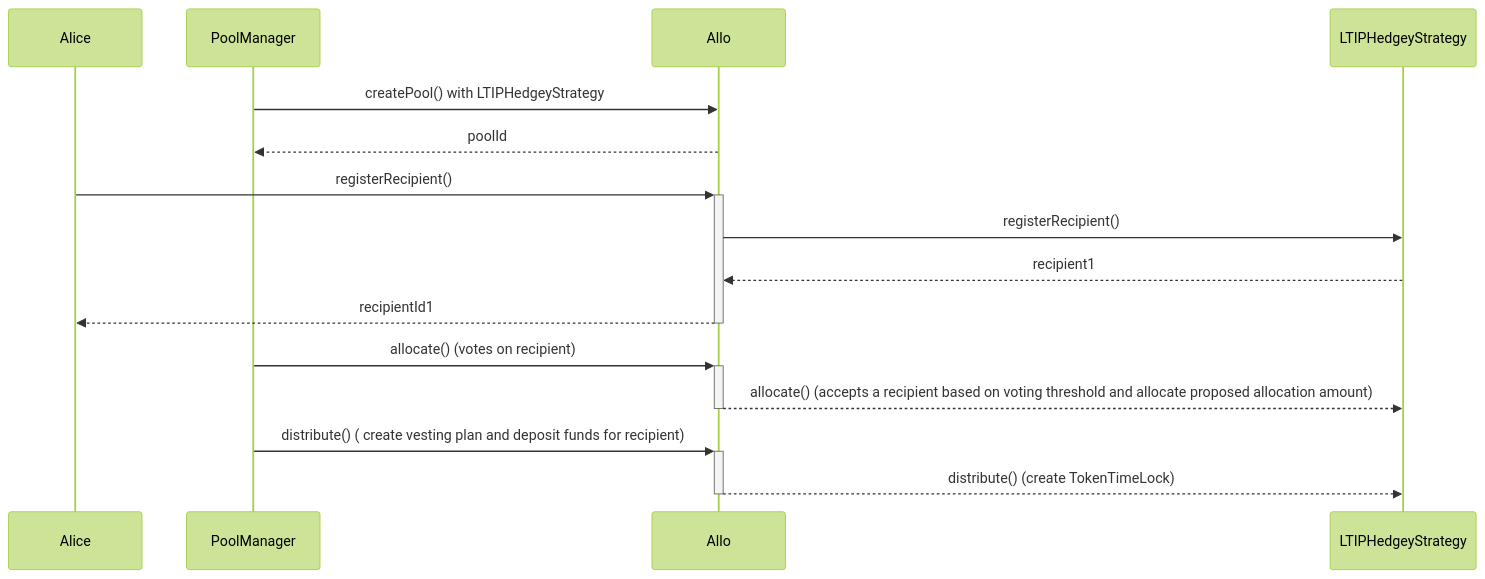
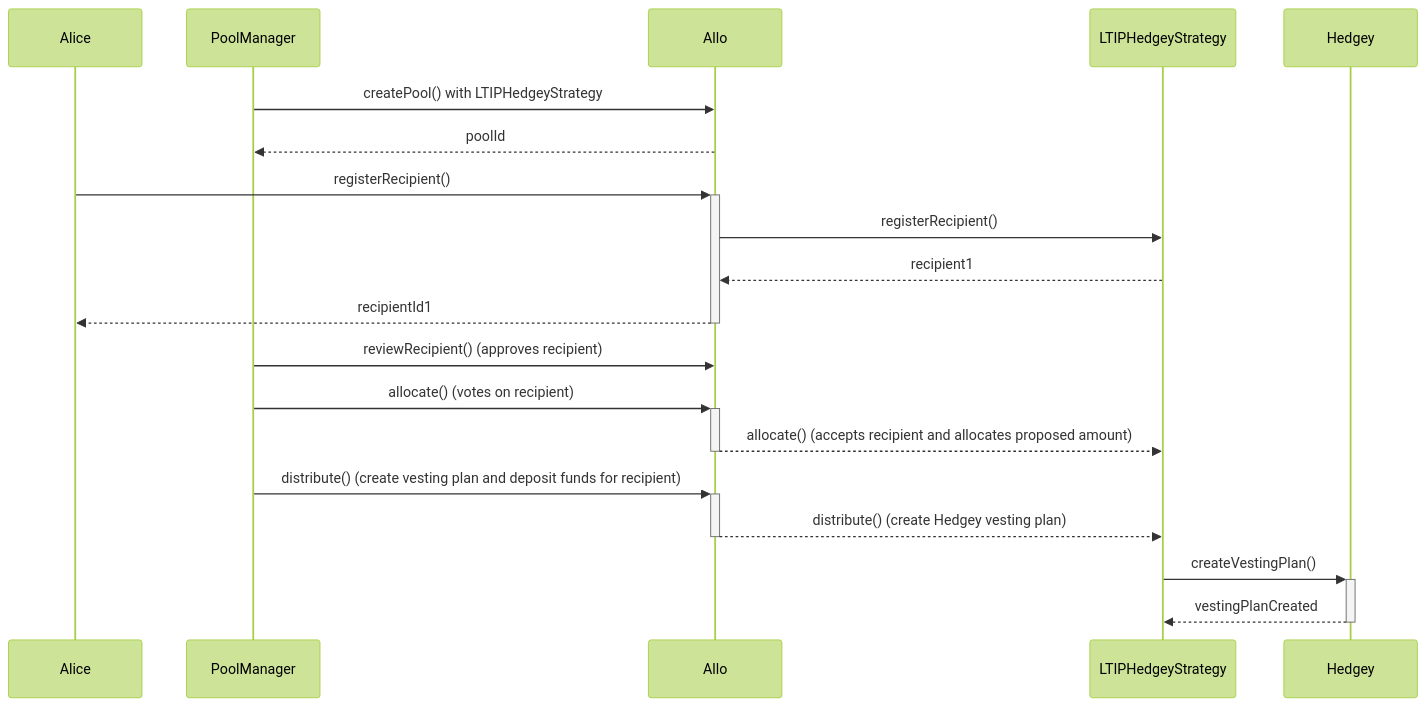
Before and after one commit to allo-protocol/allo-v2: the diagram in contracts/strategies/ltip-hedgey/README.md, drawn with Mermaid (forest theme). The commit also changed other lines of this file and 2 other files, not shown here.

Commit message:
fix(docs): update diagrams and implement comments

````diff
--- a/contracts/strategies/ltip-hedgey/README.md
+++ b/contracts/strategies/ltip-hedgey/README.md
@@ -33,18 +31,22 @@
 ```mermaid
 sequenceDiagram
     participant Alice
     participant PoolManager
     participant Allo
     participant LTIPHedgeyStrategy
+    participant Hedgey
 
     PoolManager->>Allo: createPool() with LTIPHedgeyStrategy
     Allo-->>PoolManager: poolId
     Alice->>+Allo: registerRecipient()
     Allo->>LTIPHedgeyStrategy: registerRecipient()
     LTIPHedgeyStrategy-->>Allo: recipient1
     Allo-->>-Alice: recipientId1
+    PoolManager->>Allo: reviewRecipient() (approves recipient)
     PoolManager->>+Allo: allocate() (votes on recipient)
-    Allo-->>-LTIPHedgeyStrategy: allocate() (accepts a recipient based on voting threshold and allocate proposed allocation amount)
-    PoolManager->>+Allo: distribute() ( create vesting plan and deposit funds for recipient)
-    Allo-->>-LTIPHedgeyStrategy: distribute() (create TokenTimeLock)
+    Allo-->>-LTIPHedgeyStrategy: allocate() (accepts recipient and allocates proposed amount)
+    PoolManager->>+Allo: distribute() (create vesting plan and deposit funds for recipient)
+    Allo-->>-LTIPHedgeyStrategy: distribute() (create Hedgey vesting plan)
+    LTIPHedgeyStrategy->>+Hedgey: createVestingPlan()
+    Hedgey-->>-LTIPHedgeyStrategy: vestingPlanCreated
 ```
````
